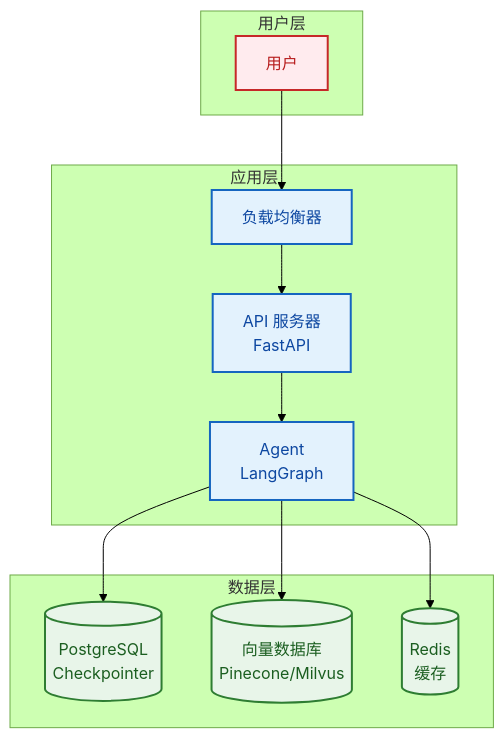
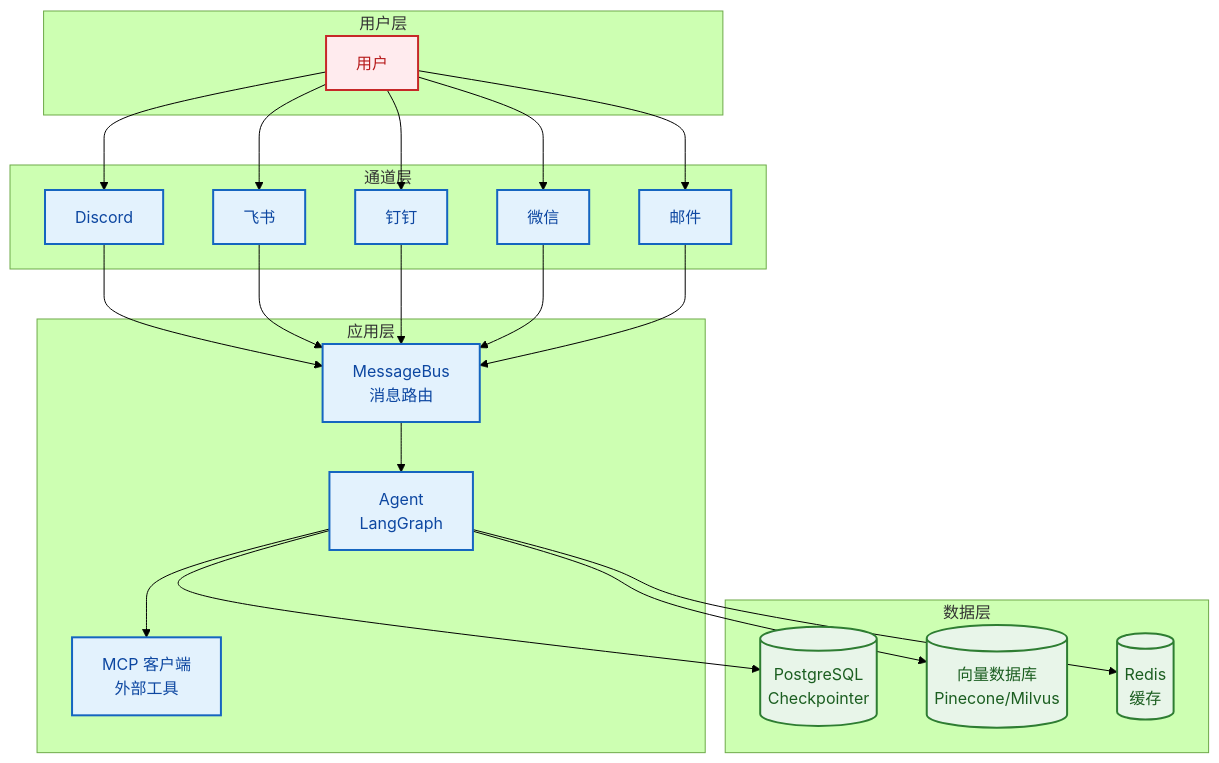
Before and after one commit to xt765/FinchBot: the first of 2 diagrams in docs/zh-CN/deployment.md, drawn with Mermaid (forest theme). The commit also changed other lines of this file and 10 other files, not shown here.

````diff
--- a/docs/zh-CN/deployment.md
+++ b/docs/zh-CN/deployment.md
@@ -186,27 +208,36 @@
 ```mermaid
 flowchart TB
     classDef userLayer fill:#ffebee,stroke:#c62828,stroke-width:2px,color:#b71c1c;
     classDef appLayer fill:#e3f2fd,stroke:#1565c0,stroke-width:2px,color:#0d47a1;
     classDef dataLayer fill:#e8f5e9,stroke:#2e7d32,stroke-width:2px,color:#1b5e20;
 
     subgraph Users [用户层]
         U[用户]:::userLayer
     end
 
+    subgraph Channels [通道层]
+        Discord[Discord]:::appLayer
+        Feishu[飞书]:::appLayer
+        DingTalk[钉钉]:::appLayer
+        WeChat[微信]:::appLayer
+        Email[邮件]:::appLayer
+    end
+
     subgraph App [应用层]
-        LB[负载均衡器]:::appLayer
-        API[API 服务器<br/>FastAPI]:::appLayer
+        Bus[MessageBus<br/>消息路由]:::appLayer
         Agent[Agent<br/>LangGraph]:::appLayer
+        MCP[MCP 客户端<br/>外部工具]:::appLayer
     end
 
     subgraph Data [数据层]
         PG[(PostgreSQL<br/>Checkpointer)]:::dataLayer
         Vector[(向量数据库<br/>Pinecone/Milvus)]:::dataLayer
         Redis[(Redis<br/>缓存)]:::dataLayer
     end
 
-    U --> LB
-    LB --> API
-    API --> Agent
+    U --> Discord & Feishu & DingTalk & WeChat & Email
+    Discord & Feishu & DingTalk & WeChat & Email --> Bus
+    Bus --> Agent
+    Agent --> MCP
     Agent --> PG & Vector & Redis
 ```
````
